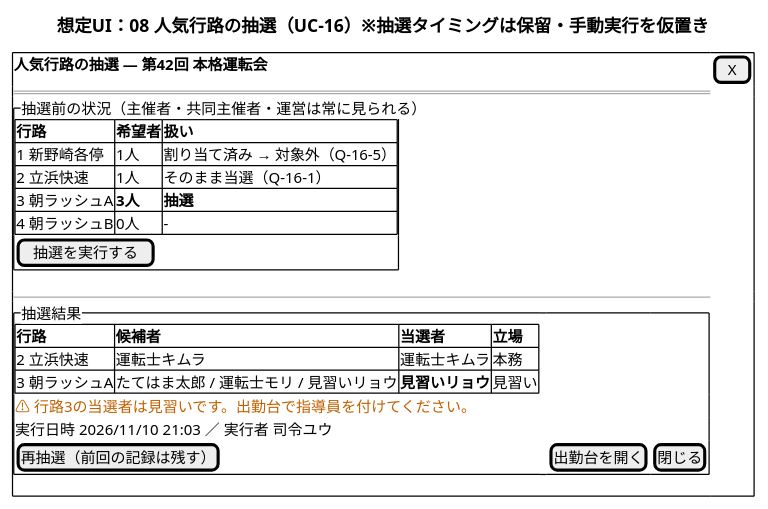
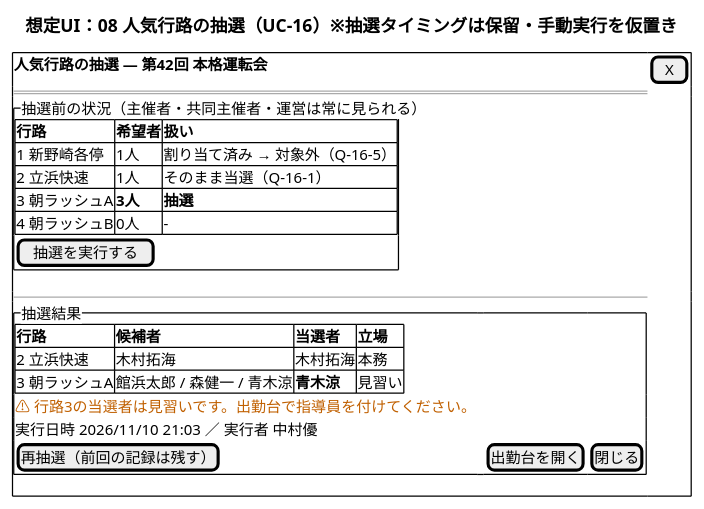
One commit to daidoji-traincrew-office/Tatehama_shukkindai changed the diagram in Docs/diagrams/ui/08_抽選.puml. Above: the diagram before and after it, drawn with PlantUML. The commit also changed 34 other files, not shown here.

```diff
--- a/Docs/diagrams/ui/08_抽選.puml
+++ b/Docs/diagrams/ui/08_抽選.puml
@@ -1,31 +1,31 @@
 @startsalt ui-08
 skinparam defaultFontName "Yu Gothic UI"
 title 想定UI：08 人気行路の抽選（UC-16）※抽選タイミングは保留・手動実行を仮置き
 {
   {+
     <b>人気行路の抽選 ― 第42回 本格運転会                                | [ X ]
     ==
     {^"抽選前の状況（主催者・共同主催者・運営は常に見られる）"
       {#
         <b>行路 | <b>希望者 | <b>扱い
         1 新野崎各停 | 1人 | 割り当て済み → 対象外（Q-16-5）
         2 立浜快速 | 1人 | そのまま当選（Q-16-1）
         3 朝ラッシュA | <b>3人</b> | <b>抽選</b>
         4 朝ラッシュB | 0人 | -
       }
       [   抽選を実行する   ]
     }
     --
     {^"抽選結果"
       {#
         <b>行路 | <b>候補者 | <b>当選者 | <b>立場
-        2 立浜快速 | 運転士キムラ | 運転士キムラ | 本務
-        3 朝ラッシュA | たてはま太郎 / 運転士モリ / 見習いリョウ | <b>見習いリョウ</b> | 見習い
+        2 立浜快速 | 木村拓海 | 木村拓海 | 本務
+        3 朝ラッシュA | 館浜太郎 / 森健一 / 青木涼 | <b>青木涼</b> | 見習い
       }
       <color:#C06000>⚠ 行路3の当選者は見習いです。出勤台で指導員を付けてください。</color>
-      実行日時 2026/11/10 21:03 ／ 実行者 司令ユウ
+      実行日時 2026/11/10 21:03 ／ 実行者 中村優
       [再抽選（前回の記録は残す）] | . | [出勤台を開く] | [閉じる]
     }
   }
 }
 @endsalt
```
